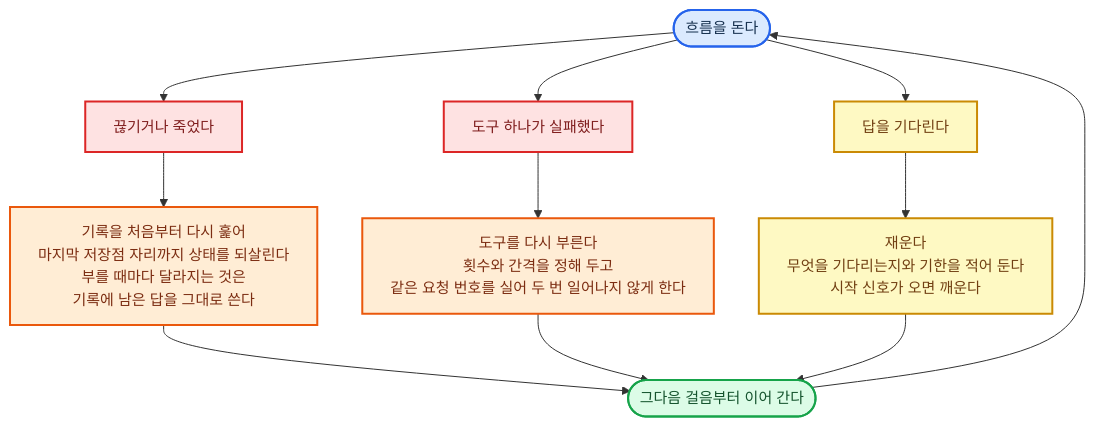
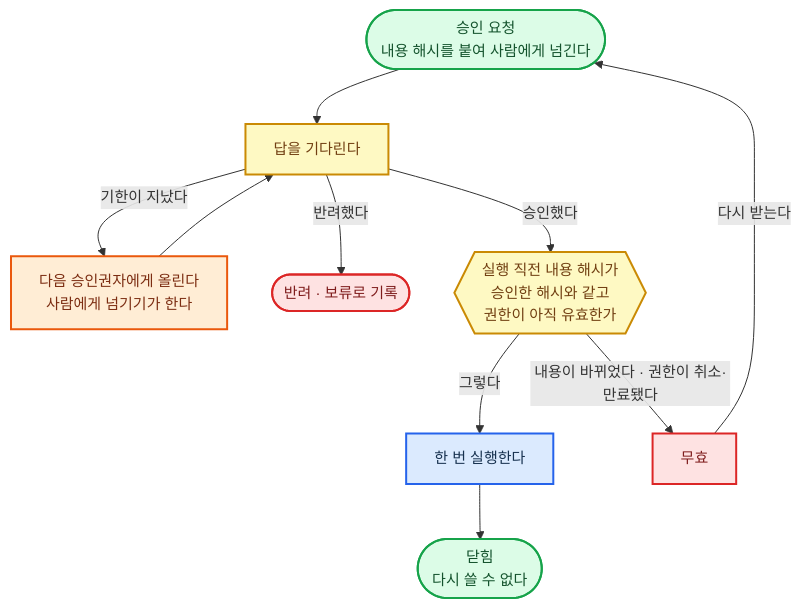
Diagram 12 of 26 in 전문가 에이전트 정의 2.md (harisbaguette/expert), drawn with Mermaid before and after one commit. The commit also changed other lines of this file and 9 other files, not shown here.

````diff
--- a/전문가 에이전트 정의 2.md
+++ b/전문가 에이전트 정의 2.md
@@ -1105,22 +1483,16 @@
 ```mermaid
 %%{init: {"flowchart": {"wrappingWidth": 640, "curve": "basis", "nodeSpacing": 45, "rankSpacing": 55, "padding": 14, "useMaxWidth": true}, "themeVariables": {"fontSize": "15px"}} }%%
 flowchart TB
-    RUN(["흐름을 돈다"]):::main
-    D1["끊기거나 죽었다"]:::stop
-    D2["도구 하나가 실패했다"]:::stop
-    D3["답을 기다린다"]:::note
-    REPLAY["기록을 처음부터 다시 훑어<br/>마지막 저장점 자리까지 상태를 되살린다<br/>부를 때마다 달라지는 것은<br/>기록에 남은 답을 그대로 쓴다"]:::back
-    RETRY["도구를 다시 부른다<br/>횟수와 간격을 정해 두고<br/>같은 요청 번호를 실어 두 번 일어나지 않게 한다"]:::back
-    SLEEP["재운다<br/>무엇을 기다리는지와 기한을 적어 둔다<br/>시작 신호가 오면 깨운다"]:::note
-    NEXT(["그다음 걸음부터 이어 간다"]):::good
-    RUN --> D1 --> REPLAY --> NEXT
-    RUN --> D2 --> RETRY --> NEXT
-    RUN --> D3 --> SLEEP --> NEXT
-    NEXT --> RUN
+    REQ(["승인 요청<br/>내용 해시를 붙여 사람에게 넘긴다"]):::good --> WAIT["답을 기다린다"]:::note
+    WAIT -- "기한이 지났다" --> UP["다음 승인권자에게 올린다<br/>사람에게 넘기기가 한다"]:::back --> WAIT
+    WAIT -- "반려했다" --> NO(["반려 · 보류로 기록"]):::stop
+    WAIT -- "승인했다" --> CHK{{"실행 직전 내용 해시가<br/>승인한 해시와 같고<br/>권한이 아직 유효한가"}}:::note
+    CHK -- "그렇다" --> RUN["한 번 실행한다"]:::main --> CLOSE(["닫힘<br/>다시 쓸 수 없다"]):::good
+    CHK -- "내용이 바뀌었다 · 권한이 취소·만료됐다" --> VOID["무효"]:::stop
+    VOID -- "다시 받는다" --> REQ
     classDef main fill:#dbeafe,stroke:#2563eb,stroke-width:2px,color:#17314f
     classDef stop fill:#fee2e2,stroke:#dc2626,stroke-width:2px,color:#7f1d1d
     classDef back fill:#ffedd5,stroke:#ea580c,stroke-width:2px,color:#7c2d12
-    classDef store fill:#e5e7eb,stroke:#6b7280,stroke-width:2px,color:#1f2937
     classDef good fill:#dcfce7,stroke:#16a34a,stroke-width:2px,color:#14532d
     classDef note fill:#fef9c3,stroke:#ca8a04,stroke-width:2px,color:#713f12
 ```
````
